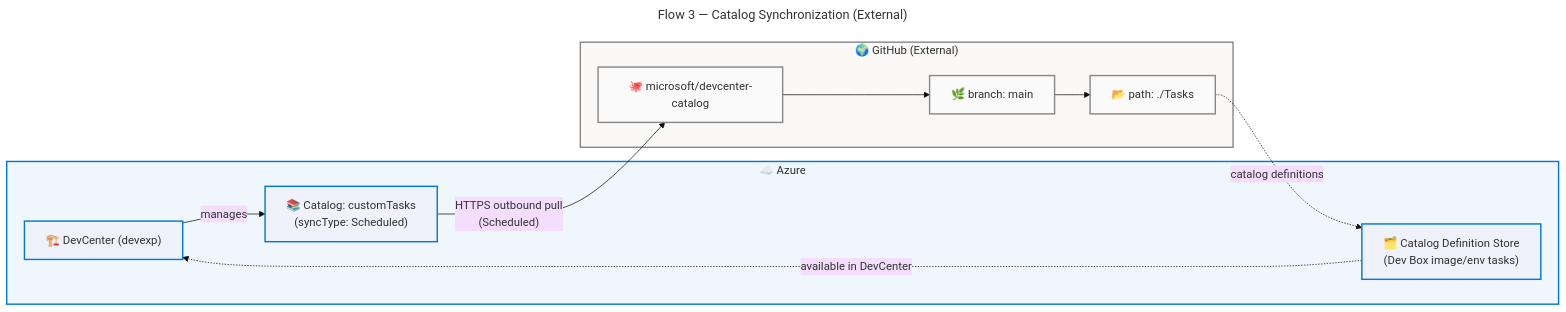
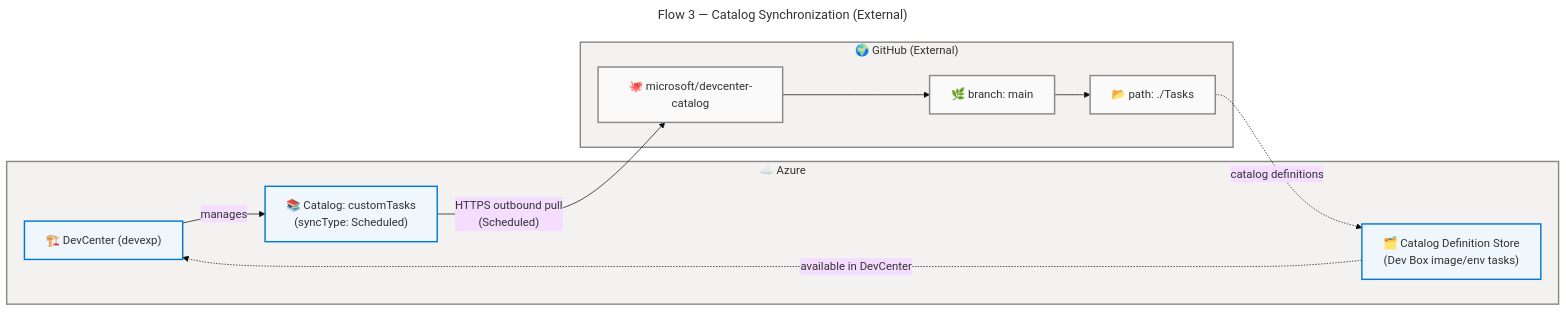
Before and after one commit to Evilazaro/DevExp-DevBox: the seventh of 8 diagrams in docs/architecture/tech-arch.md, drawn with Mermaid. The commit also changed other lines of this file, not shown here.

Commit message:
Refactor technology architecture diagrams for improved semantic clarity, accessibility compliance, and consistent styling

````diff
--- a/docs/architecture/tech-arch.md
+++ b/docs/architecture/tech-arch.md
@@ -1295,46 +1309,52 @@
 ```mermaid
 ---
 title: Flow 3 — Catalog Synchronization (External)
 config:
   theme: base
   look: classic
   layout: dagre
   themeVariables:
     fontSize: '16px'
   flowchart:
     htmlLabels: true
 ---
 flowchart LR
     accTitle: Flow 3 Catalog Synchronization External
     accDescr: Scheduled outbound pull from Azure DevCenter to the public microsoft/devcenter-catalog GitHub repository, ingesting task definitions into the DevCenter catalog store. WCAG AA compliant.
 
     %% ═══════════════════════════════════════════════════════════════
     %% AZURE / FLUENT ARCHITECTURE PATTERN v2.0
-    %% PHASE 1-5: Fluent UI palette, subgraph styles, icons, accessibility, classDef
+    %% (Semantic + Structural + Font + Accessibility Governance)
+    %% ═══════════════════════════════════════════════════════════════
+    %% PHASE 1 - FLUENT UI: All styling uses approved Fluent UI palette only
+    %% PHASE 2 - GROUPS: Every subgraph has semantic color via style directive
+    %% PHASE 3 - COMPONENTS: Every node has semantic classDef + icon prefix
+    %% PHASE 4 - ACCESSIBILITY: accTitle/accDescr present, WCAG AA contrast
+    %% PHASE 5 - STANDARD: Governance block present, classDefs centralized
     %% ═══════════════════════════════════════════════════════════════
 
     subgraph AZURE["☁️ Azure"]
-        DC["🏗️ DevCenter (devexp)"]:::platform
-        CAT["📚 Catalog: customTasks\n(syncType: Scheduled)"]:::platform
-        STORE["🗂️ Catalog Definition Store\n(Dev Box image/env tasks)"]:::platform
+        DC["🏗️ DevCenter (devexp)"]:::core
+        CAT["📚 Catalog: customTasks\n(syncType: Scheduled)"]:::core
+        STORE["🗂️ Catalog Definition Store\n(Dev Box image/env tasks)"]:::core
     end
 
     subgraph EXT["🌍 GitHub (External)"]
-        GH_REPO["🐙 microsoft/devcenter-catalog"]:::external
-        GH_BRANCH["🌿 branch: main"]:::external
-        GH_PATH["📂 path: ./Tasks"]:::external
+        GH_REPO["🐙 microsoft/devcenter-catalog"]:::neutral
+        GH_BRANCH["🌿 branch: main"]:::neutral
+        GH_PATH["📂 path: ./Tasks"]:::neutral
     end
 
     DC -->|"manages"| CAT
     CAT -->|"HTTPS outbound pull\n(Scheduled)"| GH_REPO
     GH_REPO --> GH_BRANCH
     GH_BRANCH --> GH_PATH
     GH_PATH -.->|"catalog definitions"| STORE
     STORE -.->|"available in DevCenter"| DC
 
-    style AZURE fill:#EFF6FC,stroke:#0078D4,stroke-width:2px,color:#323130
-    style EXT fill:#FAF9F8,stroke:#8A8886,stroke-width:2px,color:#323130
+    style AZURE fill:#F3F2F1,stroke:#8A8886,stroke-width:2px,color:#323130
+    style EXT fill:#F3F2F1,stroke:#8A8886,stroke-width:2px,color:#323130
 
-    classDef platform fill:#EFF2FA,stroke:#0078D4,stroke-width:2px,color:#323130
-    classDef external fill:#FAFAFA,stroke:#8A8886,stroke-width:2px,color:#323130
+    classDef neutral  fill:#FAFAFA,stroke:#8A8886,stroke-width:2px,color:#323130
+    classDef core     fill:#EFF6FC,stroke:#0078D4,stroke-width:2px,color:#323130
 ```
````
